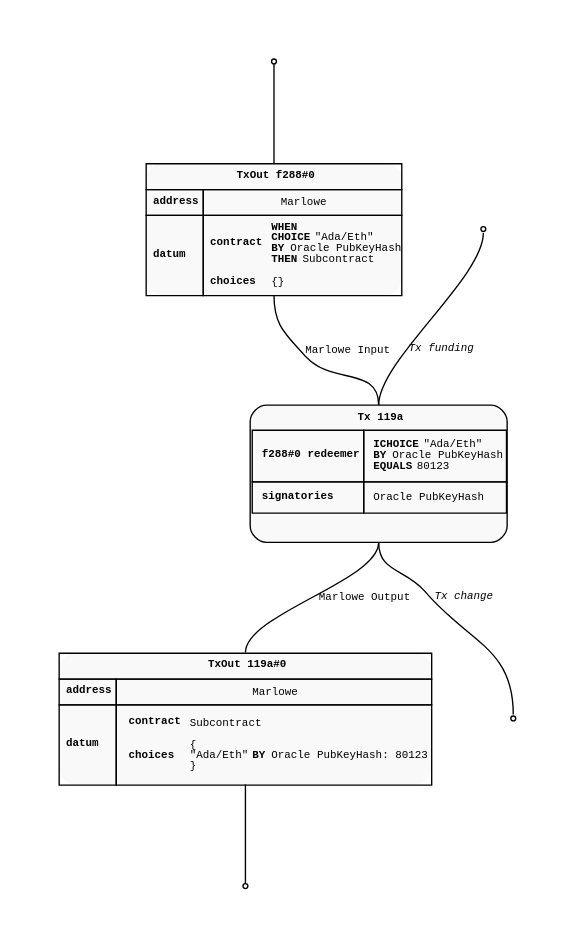
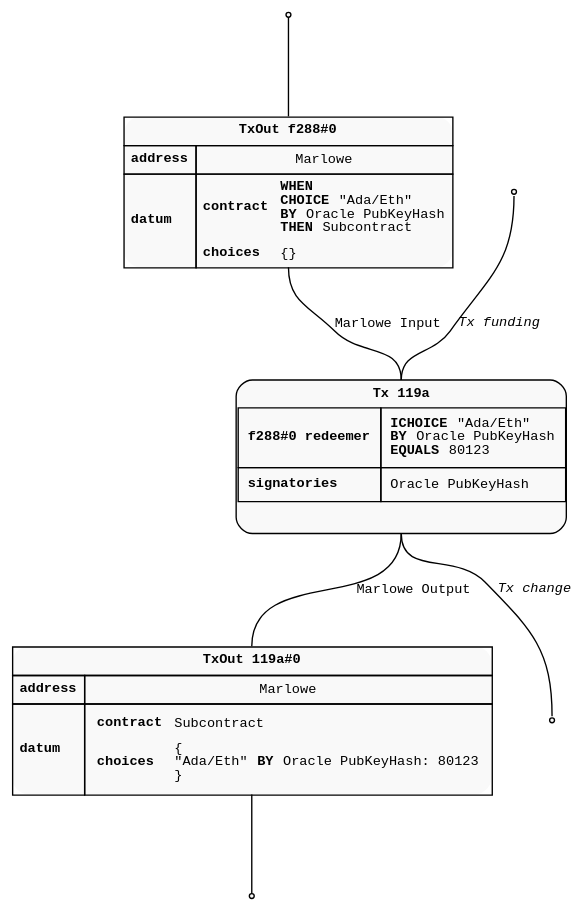
Before and after one commit to marlowe-lang/marlowe-oracle-protocol: the diagram in diagrams/utxo-marlowe-choice-verification.dot, drawn with Graphviz. The commit also changed 11 other files, not shown here.

```diff
--- a/diagrams/utxo-marlowe-choice-verification.dot
+++ b/diagrams/utxo-marlowe-choice-verification.dot
@@ -1,102 +1,102 @@
 digraph Marlowe_Choice_Authenticity {
   rankdir=TD;
-  graph [pad="0.5", nodesep="0.8", ranksep="1"];
-  node [shape=rect, style="filled,rounded", fillcolor="#f9f9f9", fontname="Courier New", fontsize="8pt"];
-  edge [arrowhead=none, tailport="s", headport="n", color="#aaa", fontname="Courier New", fontsize="8pt"];
+  graph [pad="0.02", nodesep="0.6", ranksep="1"];
+  node [shape=rect, style="filled,rounded", fillcolor="#f9f9f9", fontname="Courier New", fontsize="10"];
+  edge [arrowhead=none, tailport="s", headport="n", color="#aaa", fontname="Courier New", fontsize="10"];
 
   Tx [label=<
     <TABLE CELLSPACING="0" CELLPADDING="4" border="1" CELLBORDER="0" style="rounded" color="#aaa">
       <TR>
         <TD colspan="2" align="center"><b>Tx 119a</b></TD>
       </TR>
       <TR>
         <TD CELLPADDING="0">
           <TABLE CELLSPACING="0" CELLPADDING="6" border="0" CELLBORDER="0">
             <TR>
               <TD border="1" align="left"><b>f288#0 redeemer</b></TD>
               <TD border="1" align="left" balign="left"><b>ICHOICE </b>"Ada/Eth"<br/><b>BY </b>Oracle PubKeyHash<br/><b>EQUALS </b>80123</TD>
             </TR>
             <TR>
               <TD border="1" align="left"><b>signatories</b></TD>
               <TD border="1" align="left">Oracle PubKeyHash</TD>
             </TR>
             <TR>
               <TD collspan="2" align="center"> </TD>
             </TR>
           </TABLE>
         </TD>
       </TR>
     </TABLE>
   > color="#aaa" shape="plain"];
 
   MarloweInitialThreadPoint [shape=point];
   MarloweInitialThreadPoint -> MarloweInitialOutput;
 
   MarloweInitialOutput [label=<
     <TABLE CELLSPACING="0" CELLPADDING="4" border="0" CELLBORDER="1" style="rounded" color="#aaa">
       <TR>
         <TD colspan="2" align="center"><b>TxOut f288#0</b></TD>
       </TR>
       <TR>
         <TD align="left"><b>address</b></TD>
         <TD>Marlowe</TD>
       </TR>
       <TR>
         <TD align="left"><b>datum</b></TD>
         <TD align="left" balign="left" cellpadding="0">
           <TABLE CELLSPACING="0" CELLPADDING="4" border="0" CELLBORDER="0">
             <TR>
               <TD align="left"><b>contract</b></TD>
               <TD align="left" balign="left"><b>WHEN</b><br /><b>CHOICE </b>"Ada/Eth"<br/><b>BY </b>Oracle PubKeyHash<br/><b>THEN </b>Subcontract</TD>
             </TR>
             <TR>
               <TD align="left"><b>choices</b></TD>
               <TD align="left" balign="left">{}</TD>
             </TR>
           </TABLE>
         </TD>
       </TR>
       </TABLE>
   > shape="plain" border="0"]
 
   MarloweInitialOutput -> Tx [label=<Marlowe Input>];
 
   FundingOutput [shape=point];
   FundingOutput -> Tx [label=<<i>Tx funding</i>>];
 
   MarloweOutput [label=<
     <TABLE CELLSPACING="0" CELLPADDING="4" border="0" CELLBORDER="1" style="rounded" color="#aaa">
       <TR>
         <TD colspan="2" align="center"><b>TxOut 119a#0</b></TD>
       </TR>
       <TR>
         <TD align="left"><b>address</b></TD>
         <TD>Marlowe</TD>
       </TR>
       <TR>
         <TD align="left"><b>datum</b></TD>
         <TD align="left" balign="left">
           <TABLE CELLSPACING="0" CELLPADDING="4" border="0" CELLBORDER="0" style="rounded" color="#aaa">
             <TR>
               <TD align="left"><b>contract</b></TD>
               <TD align="left" balign="left">Subcontract</TD>
             </TR>
             <TR>
               <TD align="left"><b>choices</b></TD>
               <TD align="left" balign="left">{<br />"Ada/Eth" <b> BY</b>Oracle PubKeyHash: 80123<br/>}</TD>
             </TR>
           </TABLE>
         </TD>
       </TR>
       </TABLE>
   > shape="plain" border="1" color="#000"]
 
   Tx -> MarloweOutput [label=<Marlowe Output>];
 
   MarloweResultingThreadPoint [shape=point];
   MarloweOutput -> MarloweResultingThreadPoint;
 
   change [shape=point];
   Tx -> change [label=<<i>Tx change</i>>];
 
 }
```
